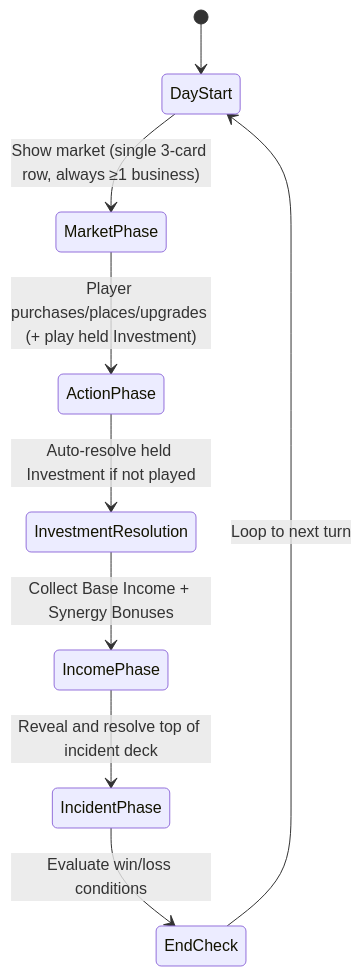
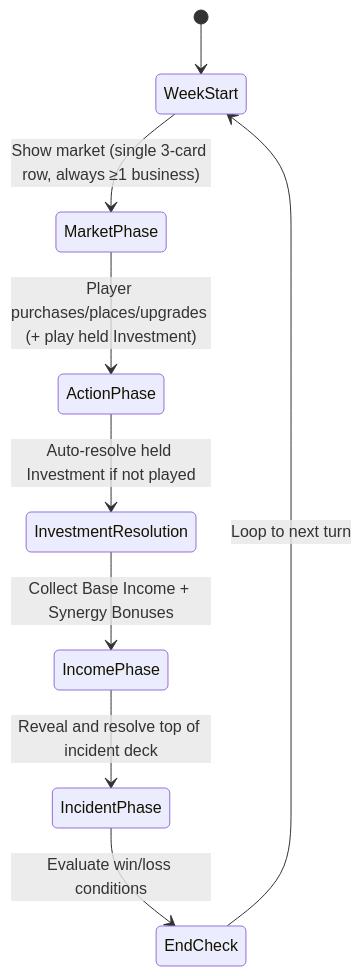
One commit to TheWizardsCode/Tableau-Card-Engine changed the first of 2 diagrams in docs/main-street/core-rules-and-mechanics.md. Above: the diagram before and after it, drawn with Mermaid. The commit also changed other lines of this file and 167 other files, not shown here.

````diff
--- a/docs/main-street/core-rules-and-mechanics.md
+++ b/docs/main-street/core-rules-and-mechanics.md
@@ -178,11 +203,11 @@
 ```mermaid
 stateDiagram-v2
-    [*] --> DayStart
-    DayStart --> MarketPhase: Show market (single 3-card row, always ≥1 business)
+    [*] --> WeekStart
+    WeekStart --> MarketPhase: Show market (single 3-card row, always ≥1 business)
     MarketPhase --> ActionPhase: Player purchases/places/upgrades (+ play held Investment)
     ActionPhase --> InvestmentResolution: Auto‑resolve held Investment if not played
     InvestmentResolution --> IncomePhase: Collect Base Income + Synergy Bonuses
     IncomePhase --> IncidentPhase: Reveal and resolve top of incident deck
     IncidentPhase --> EndCheck: Evaluate win/loss conditions
-    EndCheck --> DayStart: Loop to next turn
+    EndCheck --> WeekStart: Loop to next turn
 ```
````
